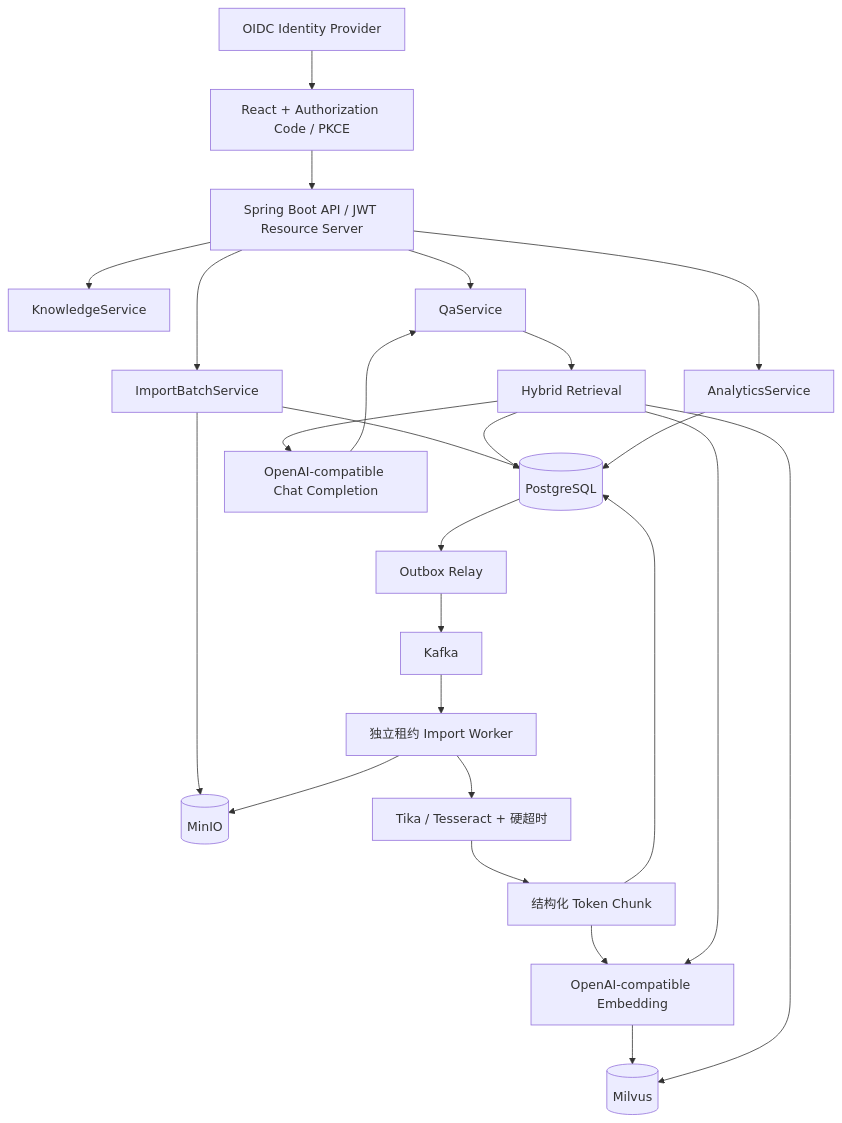
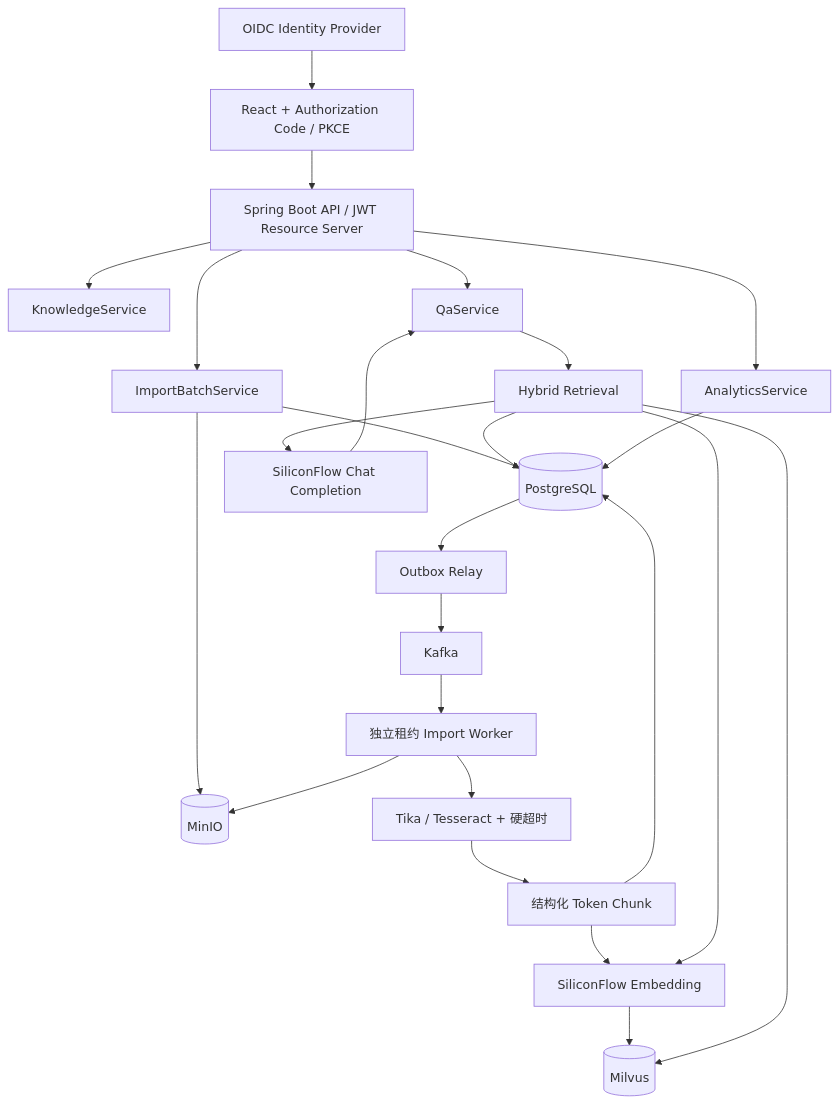
The first of 2 diagrams in docs/ARCHITECTURE.md (bingo-wz/MyRAG), drawn with Mermaid before and after one commit. The commit also changed other lines of this file and 25 other files, not shown here.

Commit message:
接入 Authing 与 SiliconFlow 生产配置

````diff
--- a/docs/ARCHITECTURE.md
+++ b/docs/ARCHITECTURE.md
@@ -5,29 +5,29 @@
 ```mermaid
 flowchart TB
     OIDC["OIDC Identity Provider"] --> UI["React + Authorization Code / PKCE"]
     UI --> API["Spring Boot API / JWT Resource Server"]
     API --> KM["KnowledgeService"]
     API --> IM["ImportBatchService"]
     API --> QA["QaService"]
     API --> AN["AnalyticsService"]
 
     IM --> MINIO[("MinIO")]
     IM --> PG[("PostgreSQL")]
     PG --> OUTBOX["Outbox Relay"]
     OUTBOX --> KAFKA["Kafka"]
     KAFKA --> LEASE["独立租约 Import Worker"]
     LEASE --> MINIO
     LEASE --> TIKA["Tika / Tesseract + 硬超时"]
     TIKA --> CHUNK["结构化 Token Chunk"]
-    CHUNK --> EMB["OpenAI-compatible Embedding"]
+    CHUNK --> EMB["SiliconFlow Embedding"]
     EMB --> MILVUS[("Milvus")]
     CHUNK --> PG
 
     QA --> RET["Hybrid Retrieval"]
     RET --> EMB
     RET --> MILVUS
     RET --> PG
-    RET --> LLM["OpenAI-compatible Chat Completion"]
+    RET --> LLM["SiliconFlow Chat Completion"]
     LLM --> QA
     AN --> PG
 ```
````
